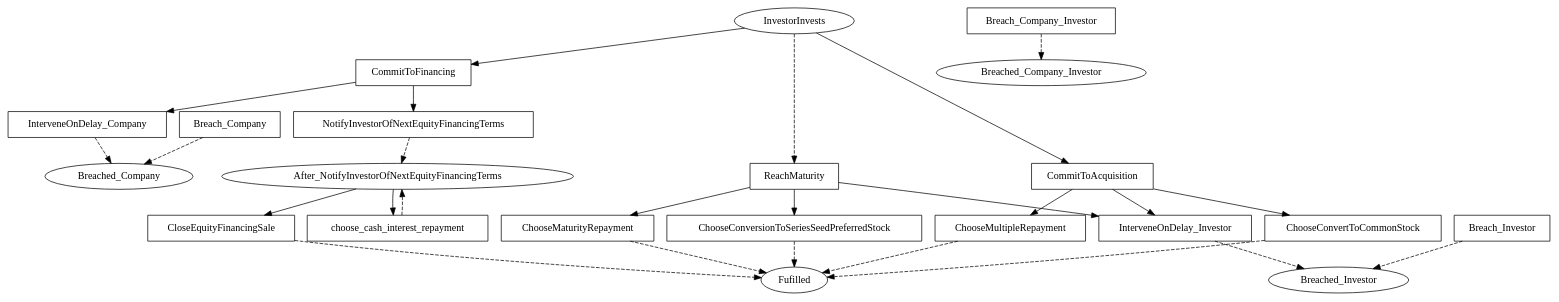
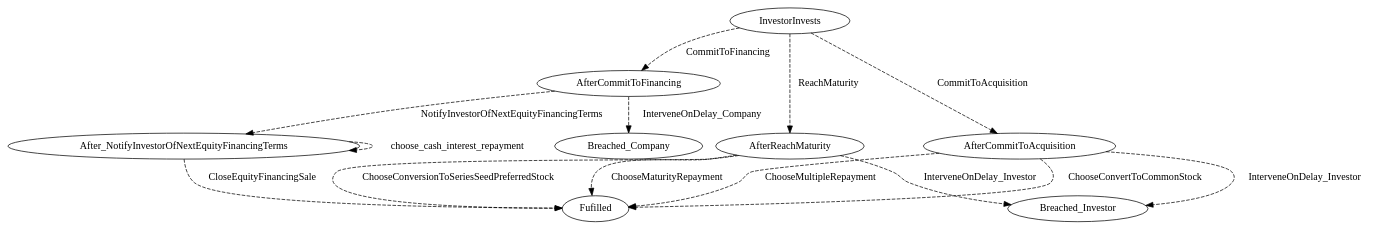
One commit to Marcao02/complaw-deeptech changed the diagram in linear_state_machine_language/pyL4/examples/out_graphviz/serious/KISS.dot. Above: the diagram before and after it, drawn with Graphviz. The commit also changed 46 other files, not shown here.

Commit message:
better flowcharts, full goodenough/flood example

```diff
--- a/linear_state_machine_language/pyL4/examples/out_graphviz/serious/KISS.dot
+++ b/linear_state_machine_language/pyL4/examples/out_graphviz/serious/KISS.dot
@@ -1,59 +1,30 @@
 // THIS IS A GENERATED FILE. DO NOT EDIT.
 
 digraph KISS {    
     Fulfilled[label=Fufilled];
     InvestorInvests[label=InvestorInvests];
-	After_NotifyInvestorOfNextEquityFinancingTerms[label=After_NotifyInvestorOfNextEquityFinancingTerms];
-	Breached_Investor[label=Breached_Investor];
-	Breached_Company[label=Breached_Company];
-	Breached_Company_Investor[label=Breached_Company_Investor]
+	After_NotifyInvestorOfNextEquityFinancingTerms[label=After_NotifyInvestorOfNextEquityFinancingTerms]
+        
     
-     
-    CommitToFinancing[label=CommitToFinancing,shape=box];
-	NotifyInvestorOfNextEquityFinancingTerms[label=NotifyInvestorOfNextEquityFinancingTerms,shape=box];
-	choose_cash_interest_repayment[label=choose_cash_interest_repayment,shape=box];
-	CloseEquityFinancingSale[label=CloseEquityFinancingSale,shape=box];
-	CommitToAcquisition[label=CommitToAcquisition,shape=box];
-	ChooseMultipleRepayment[label=ChooseMultipleRepayment,shape=box];
-	ChooseConvertToCommonStock[label=ChooseConvertToCommonStock,shape=box];
-	ReachMaturity[label=ReachMaturity,shape=box];
-	ChooseMaturityRepayment[label=ChooseMaturityRepayment,shape=box];
-	ChooseConversionToSeriesSeedPreferredStock[label=ChooseConversionToSeriesSeedPreferredStock,shape=box];
-	Breach_Investor[label=Breach_Investor,shape=box];
-	Breach_Company[label=Breach_Company,shape=box];
-	Breach_Company_Investor[label=Breach_Company_Investor,shape=box];
-	InterveneOnDelay_Investor[label=InterveneOnDelay_Investor,shape=box];
-	InterveneOnDelay_Company[label=InterveneOnDelay_Company,shape=box]    
+         
     
     
     
-    InvestorInvests -> CommitToAcquisition;
-	InvestorInvests -> CommitToFinancing;
-	InvestorInvests -> ReachMaturity [style=dashed];
-	CommitToFinancing -> NotifyInvestorOfNextEquityFinancingTerms;
-	CommitToFinancing -> InterveneOnDelay_Company;
-	After_NotifyInvestorOfNextEquityFinancingTerms -> choose_cash_interest_repayment;
-	After_NotifyInvestorOfNextEquityFinancingTerms -> CloseEquityFinancingSale;
-	CommitToAcquisition -> ChooseMultipleRepayment;
-	CommitToAcquisition -> ChooseConvertToCommonStock;
-	CommitToAcquisition -> InterveneOnDelay_Investor;
-	ReachMaturity -> ChooseConversionToSeriesSeedPreferredStock;
-	ReachMaturity -> ChooseMaturityRepayment;
-	ReachMaturity -> InterveneOnDelay_Investor
     
-    NotifyInvestorOfNextEquityFinancingTerms -> After_NotifyInvestorOfNextEquityFinancingTerms [style=dashed];
-	CloseEquityFinancingSale -> Fulfilled [style=dashed];
-	ChooseMultipleRepayment -> Fulfilled [style=dashed];
-	ChooseConvertToCommonStock -> Fulfilled [style=dashed];
-	ChooseMaturityRepayment -> Fulfilled [style=dashed];
-	ChooseConversionToSeriesSeedPreferredStock -> Fulfilled [style=dashed];
-	Breach_Investor -> Breached_Investor [style=dashed];
-	Breach_Company -> Breached_Company [style=dashed];
-	Breach_Company_Investor -> Breached_Company_Investor [style=dashed];
-	InterveneOnDelay_Investor -> Breached_Investor [style=dashed];
-	InterveneOnDelay_Company -> Breached_Company [style=dashed];
+    InvestorInvests -> AfterCommitToAcquisition [style=dashed,label=CommitToAcquisition];
+	InvestorInvests -> AfterCommitToFinancing [style=dashed,label=CommitToFinancing];
+	InvestorInvests -> AfterReachMaturity [style=dashed,label=ReachMaturity];
+	AfterCommitToFinancing -> After_NotifyInvestorOfNextEquityFinancingTerms [style=dashed,label=NotifyInvestorOfNextEquityFinancingTerms];
+	AfterCommitToFinancing -> Breached_Company [style=dashed,label=InterveneOnDelay_Company];
+	After_NotifyInvestorOfNextEquityFinancingTerms -> Fulfilled [style=dashed,label=CloseEquityFinancingSale];
+	AfterCommitToAcquisition -> Fulfilled [style=dashed,label=ChooseMultipleRepayment];
+	AfterCommitToAcquisition -> Fulfilled [style=dashed,label=ChooseConvertToCommonStock];
+	AfterCommitToAcquisition -> Breached_Investor [style=dashed,label=InterveneOnDelay_Investor];
+	AfterReachMaturity -> Fulfilled [style=dashed,label=ChooseConversionToSeriesSeedPreferredStock];
+	AfterReachMaturity -> Fulfilled [style=dashed,label=ChooseMaturityRepayment];
+	AfterReachMaturity -> Breached_Investor [style=dashed,label=InterveneOnDelay_Investor];
 	     
     
-    choose_cash_interest_repayment -> After_NotifyInvestorOfNextEquityFinancingTerms [style=dashed];
+    After_NotifyInvestorOfNextEquityFinancingTerms -> After_NotifyInvestorOfNextEquityFinancingTerms [style=dashed,label=choose_cash_interest_repayment];
 	   
 }
```
